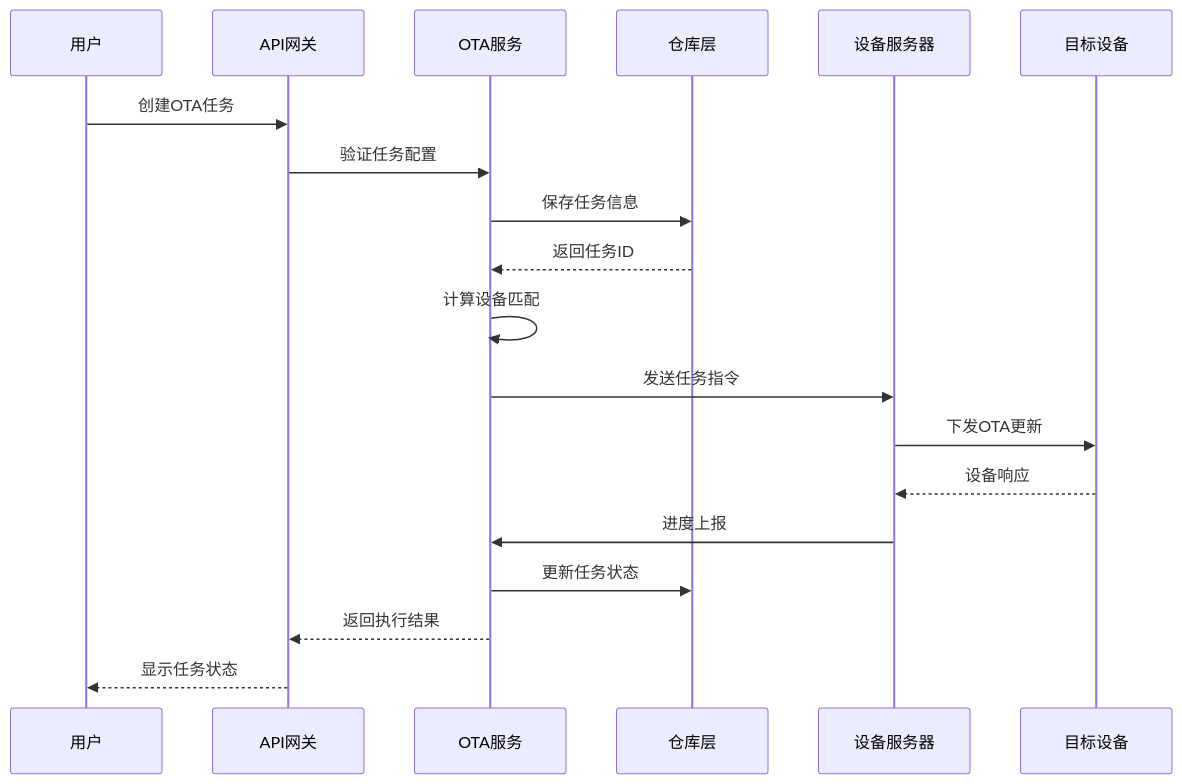
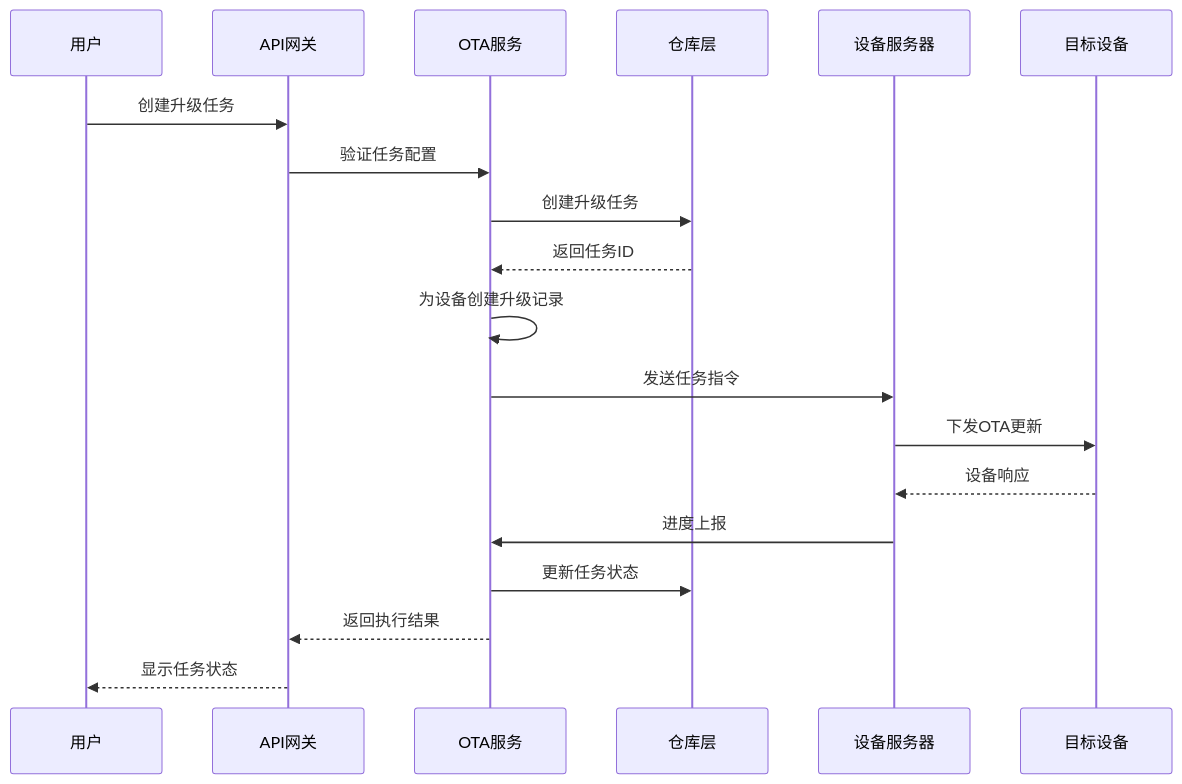
The fifth of 18 diagrams in .qoder/repowiki/zh/content/OTA升级系统/OTA任务调度/OTA任务调度.md (mcmrzy/cs_inv_monitor-develop), drawn with Mermaid before and after one commit. The commit also changed other lines of this file and 128 other files, not shown here.

````diff
--- a/.qoder/repowiki/zh/content/OTA升级系统/OTA任务调度/OTA任务调度.md
+++ b/.qoder/repowiki/zh/content/OTA升级系统/OTA任务调度/OTA任务调度.md
@@ -236,21 +310,21 @@
 ```mermaid
 sequenceDiagram
 participant User as 用户
 participant API as API网关
 participant Service as OTA服务
 participant Repo as 仓库层
 participant DeviceServer as 设备服务器
 participant Device as 目标设备
-User->>API : 创建OTA任务
+User->>API : 创建升级任务
 API->>Service : 验证任务配置
-Service->>Repo : 保存任务信息
+Service->>Repo : 创建升级任务
 Repo-->>Service : 返回任务ID
-Service->>Service : 计算设备匹配
+Service->>Service : 为设备创建升级记录
 Service->>DeviceServer : 发送任务指令
 DeviceServer->>Device : 下发OTA更新
 Device-->>DeviceServer : 设备响应
 DeviceServer->>Service : 进度上报
 Service->>Repo : 更新任务状态
 Service-->>API : 返回执行结果
 API-->>User : 显示任务状态
 ```
````
